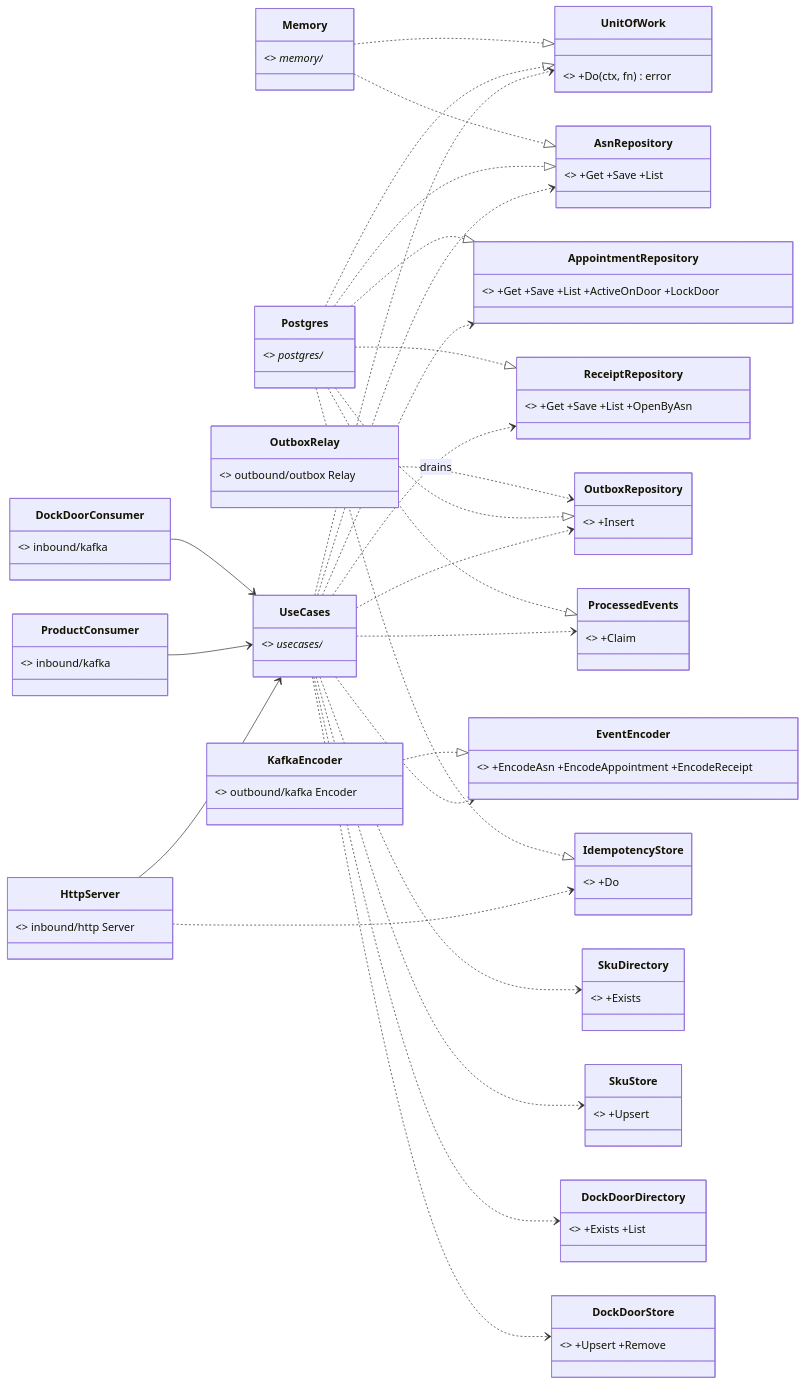
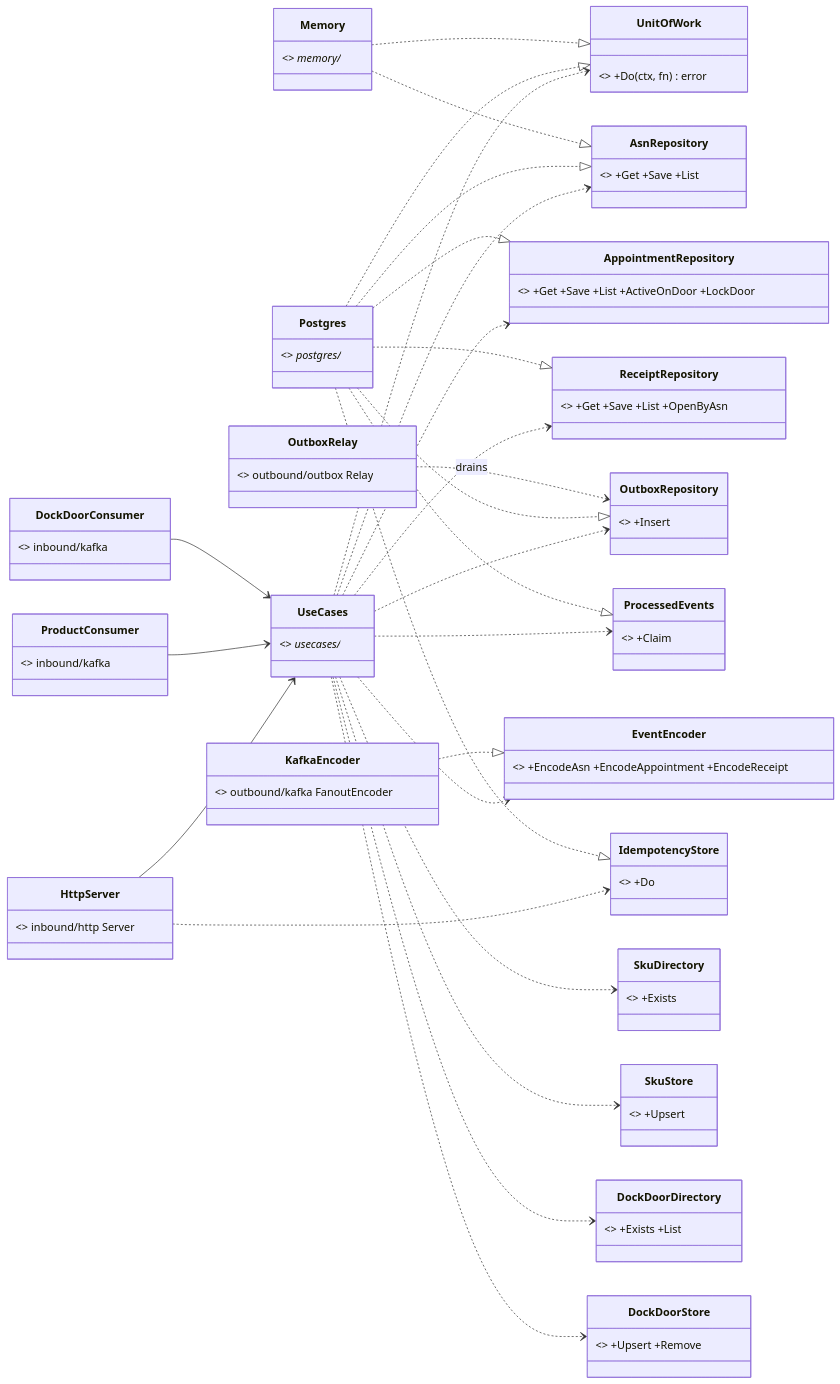
Before and after one commit to IQVO/warehouse-docs: the third of 3 diagrams in docs/contexts/inbound-receiving/class-diagram.md, drawn with Mermaid. The commit also changed other lines of this file and 87 other files, not shown here.

````diff
--- a/docs/contexts/inbound-receiving/class-diagram.md
+++ b/docs/contexts/inbound-receiving/class-diagram.md
@@ -208,53 +208,53 @@
 ```mermaid
 classDiagram
   direction LR
 
   class UnitOfWork { <<port>> +Do(ctx, fn) error }
   class AsnRepository { <<Repository>> +Get +Save +List }
   class AppointmentRepository { <<Repository>> +Get +Save +List +ActiveOnDoor +LockDoor }
   class ReceiptRepository { <<Repository>> +Get +Save +List +OpenByAsn }
   class OutboxRepository { <<port>> +Insert }
   class EventEncoder { <<port>> +EncodeAsn +EncodeAppointment +EncodeReceipt }
   class ProcessedEvents { <<port>> +Claim }
   class SkuDirectory { <<port>> +Exists }
   class SkuStore { <<port>> +Upsert }
   class DockDoorDirectory { <<port>> +Exists +List }
   class DockDoorStore { <<port>> +Upsert +Remove }
   class IdempotencyStore { <<port>> +Do }
 
   class Postgres { <<adapter>> postgres/* }
   class Memory { <<adapter>> memory/* }
-  class KafkaEncoder { <<adapter>> outbound/kafka Encoder }
+  class KafkaEncoder { <<adapter>> outbound/kafka FanoutEncoder }
   class OutboxRelay { <<adapter>> outbound/outbox Relay }
   class HttpServer { <<inbound adapter>> inbound/http Server }
   class ProductConsumer { <<inbound adapter>> inbound/kafka }
   class DockDoorConsumer { <<inbound adapter>> inbound/kafka }
   class UseCases { <<application>> usecases/* }
 
   HttpServer --> UseCases
   ProductConsumer --> UseCases
   DockDoorConsumer --> UseCases
   UseCases ..> UnitOfWork
   UseCases ..> AsnRepository
   UseCases ..> AppointmentRepository
   UseCases ..> ReceiptRepository
   UseCases ..> OutboxRepository
   UseCases ..> EventEncoder
   UseCases ..> ProcessedEvents
   UseCases ..> SkuDirectory
   UseCases ..> SkuStore
   UseCases ..> DockDoorDirectory
   UseCases ..> DockDoorStore
   HttpServer ..> IdempotencyStore
   Postgres ..|> UnitOfWork
   Postgres ..|> AsnRepository
   Postgres ..|> AppointmentRepository
   Postgres ..|> ReceiptRepository
   Postgres ..|> OutboxRepository
   Postgres ..|> ProcessedEvents
   Postgres ..|> IdempotencyStore
   Memory ..|> UnitOfWork
   Memory ..|> AsnRepository
   KafkaEncoder ..|> EventEncoder
   OutboxRelay ..> OutboxRepository : drains
 ```
````
